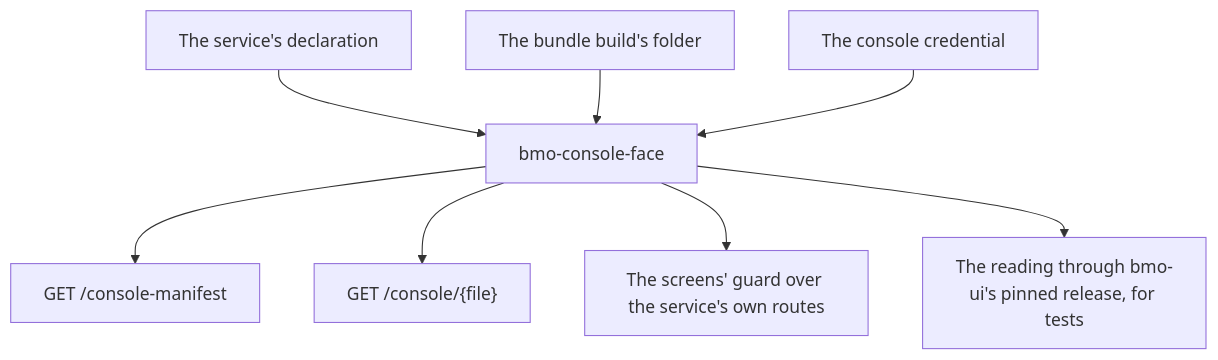
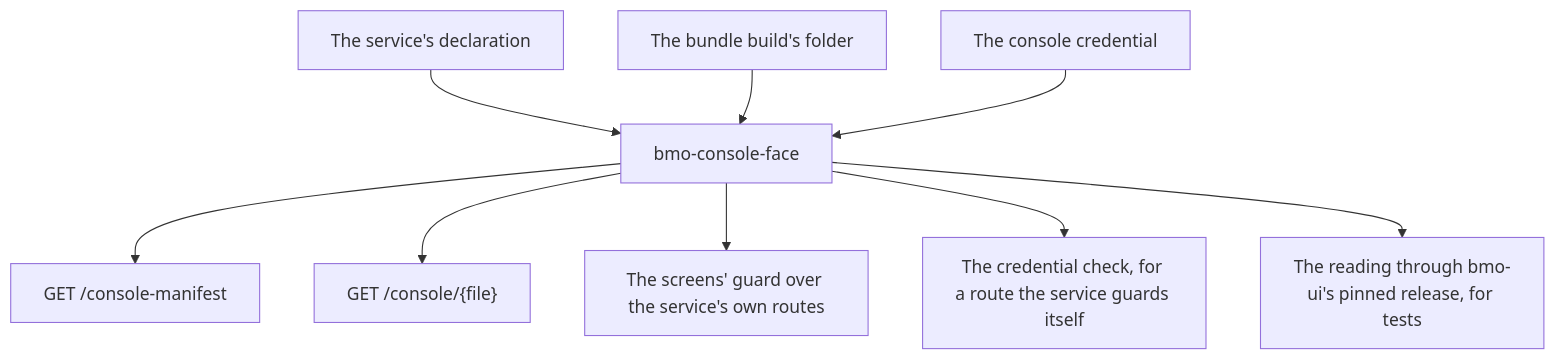
The diagram in docs/console-face.md (ahas/bmo-chat), drawn with Mermaid before and after one commit. The commit also changed other lines of this file and 5 other files, not shown here.

First line of the commit message:
Let a service check the console credential through the console face crate

````diff
--- a/docs/console-face.md
+++ b/docs/console-face.md
@@ -8,10 +8,11 @@
 ```mermaid
 flowchart TD
   D["The service's declaration"] --> F["bmo-console-face"]
   B["The bundle build's folder"] --> F
   C["The console credential"] --> F
   F --> M["GET /console-manifest"]
   F --> X["GET /console/{file}"]
   F --> G["The screens' guard over the service's own routes"]
+  F --> K["The credential check, for a route the service guards itself"]
   F --> R["The reading through bmo-ui's pinned release, for tests"]
 ```
````
